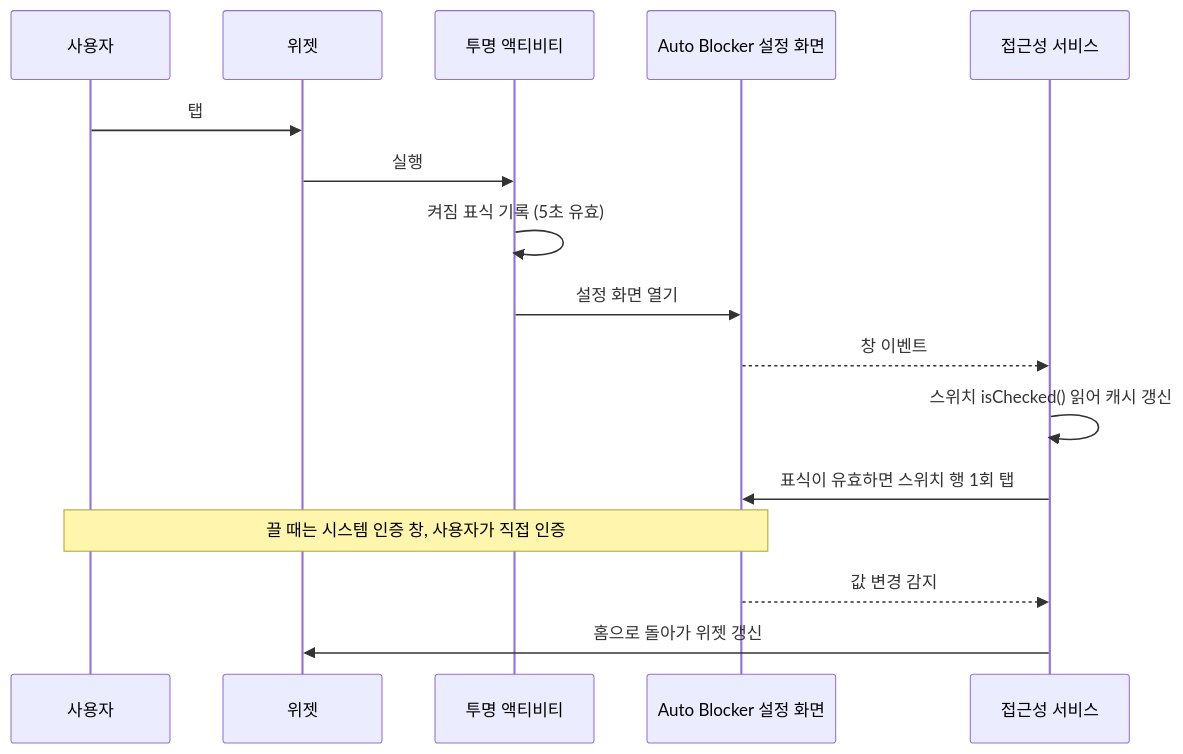
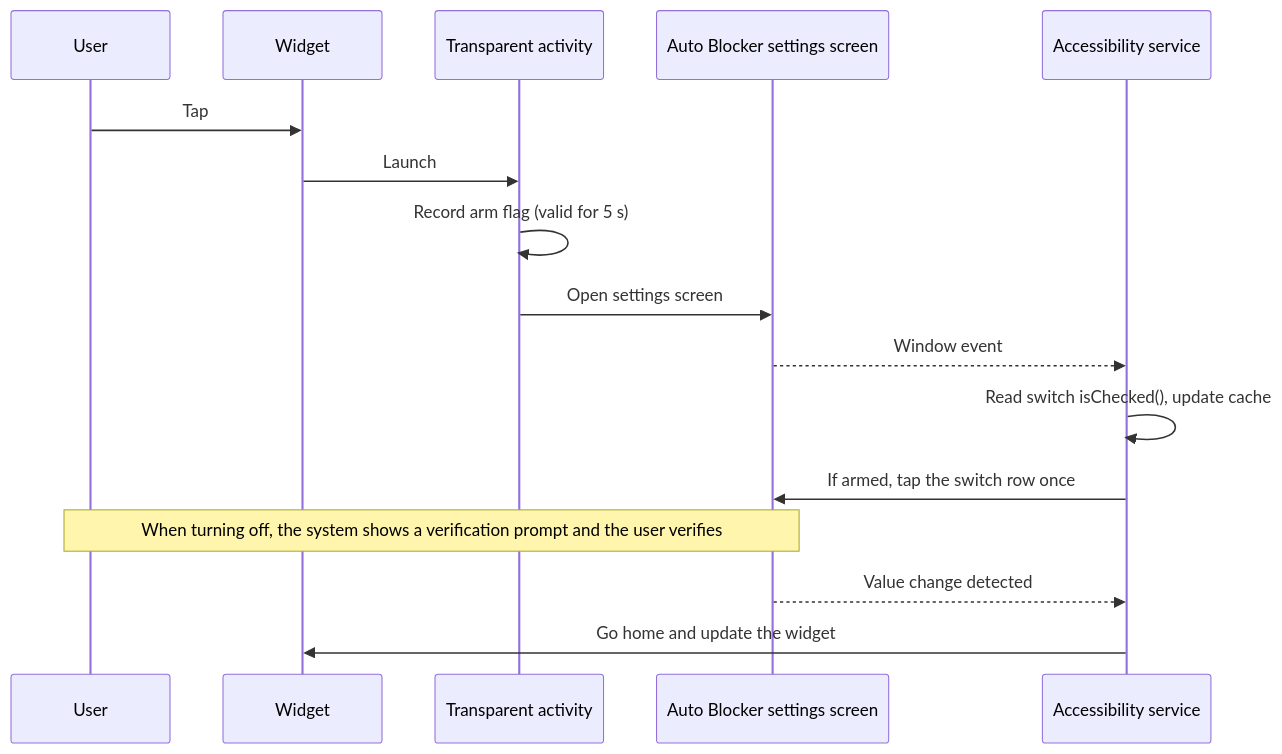
One commit to gyuminlee-repo/auto-blocker-widget changed the diagram in README.md. Above: the diagram before and after it, drawn with Mermaid. The commit also changed other lines of this file and 6 other files, not shown here.

````diff
--- a/README.md
+++ b/README.md
@@ -95,18 +100,18 @@
 ```mermaid
 sequenceDiagram
-    participant U as 사용자
-    participant W as 위젯
-    participant T as 투명 액티비티
-    participant R as Auto Blocker 설정 화면
-    participant S as 접근성 서비스
-    U->>W: 탭
-    W->>T: 실행
-    T->>T: 켜짐 표식 기록 (5초 유효)
-    T->>R: 설정 화면 열기
-    R-->>S: 창 이벤트
-    S->>S: 스위치 isChecked() 읽어 캐시 갱신
-    S->>R: 표식이 유효하면 스위치 행 1회 탭
-    Note over R,U: 끌 때는 시스템 인증 창, 사용자가 직접 인증
-    R-->>S: 값 변경 감지
-    S->>W: 홈으로 돌아가 위젯 갱신
+    participant U as User
+    participant W as Widget
+    participant T as Transparent activity
+    participant R as Auto Blocker settings screen
+    participant S as Accessibility service
+    U->>W: Tap
+    W->>T: Launch
+    T->>T: Record arm flag (valid for 5 s)
+    T->>R: Open settings screen
+    R-->>S: Window event
+    S->>S: Read switch isChecked(), update cache
+    S->>R: If armed, tap the switch row once
+    Note over R,U: When turning off, the system shows a verification prompt and the user verifies
+    R-->>S: Value change detected
+    S->>W: Go home and update the widget
 ```
````
